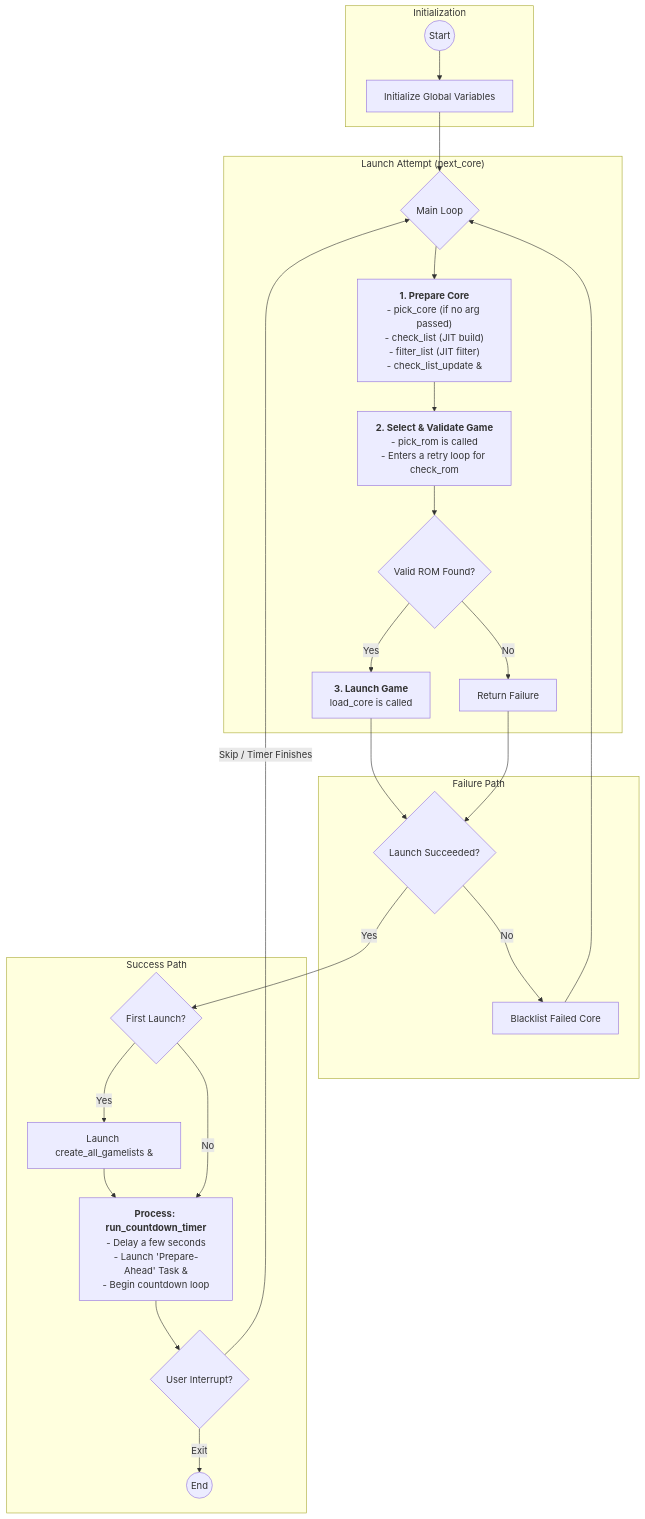
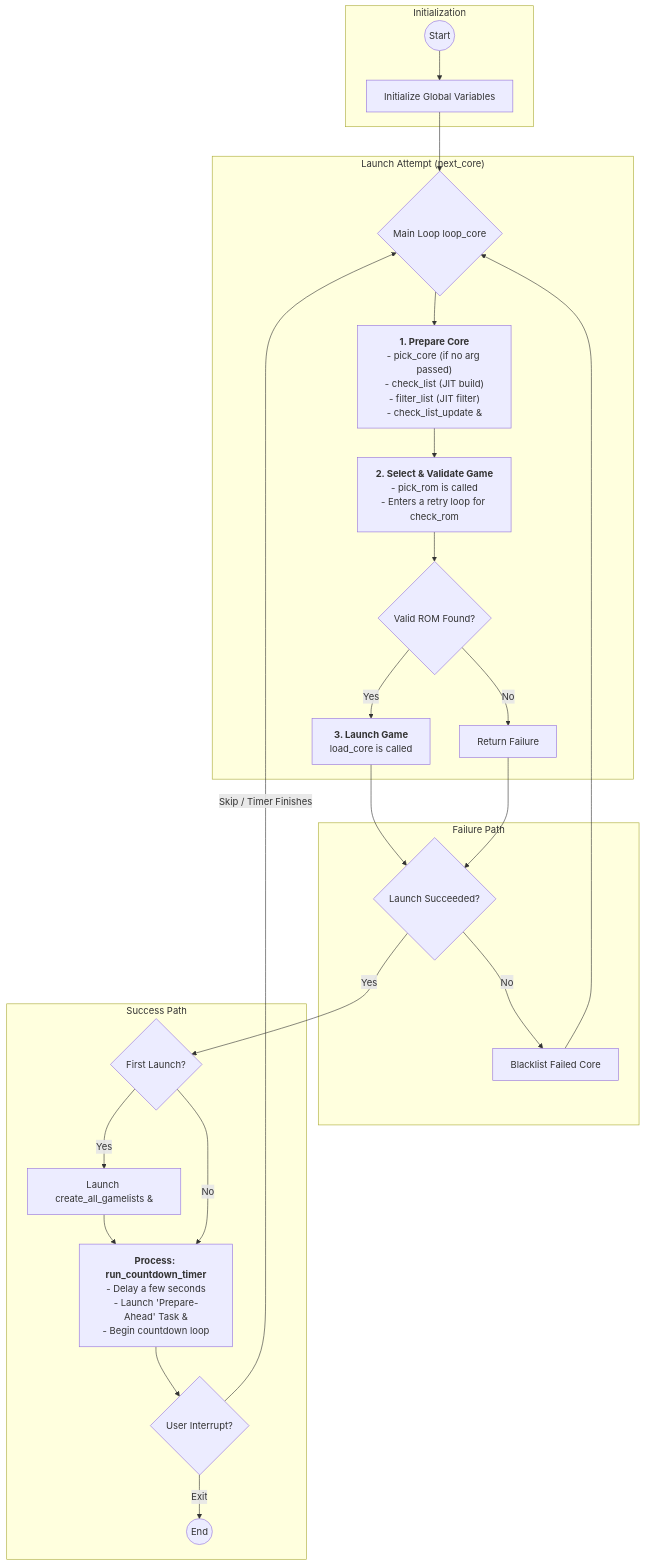
One commit to mrchrisster/MiSTer_SAM changed the diagram in README.md. Above: the diagram before and after it, drawn with Mermaid.

````diff
--- a/README.md
+++ b/README.md
@@ -217,35 +217,35 @@
 ```mermaid
 graph TD
     subgraph Initialization
         A((Start)) --> B[Initialize Global Variables];
     end
 
-    B --> C{Main Loop};
+    B --> C{Main Loop loop_core};
 
     subgraph "Launch Attempt (next_core)"
         C --> D["<b>1. Prepare Core</b><br/>- pick_core (if no arg passed)<br/>- check_list (JIT build)<br/>- filter_list (JIT filter)<br/>- check_list_update &"];
         D --> E["<b>2. Select & Validate Game</b><br/>- pick_rom is called<br/>- Enters a retry loop for check_rom"];
         E --> F{Valid ROM Found?};
         F -->|Yes| G[<b>3. Launch Game</b><br/>load_core is called];
         F -->|No| H[Return Failure];
     end
 
     G --> I{Launch Succeeded?};
     H --> I;
     
     subgraph "Failure Path"
         I -->|No| J[Blacklist Failed Core];
         J --> C;
     end
 
     subgraph "Success Path"
         I -->|Yes| K{First Launch?};
         K -->|Yes| L[Launch create_all_gamelists &];
         L --> M;
         K -->|No| M;
         M["<b>Process: run_countdown_timer</b><br/>- Delay a few seconds<br/>- Launch 'Prepare-Ahead' Task &<br/>- Begin countdown loop"];
         M --> N{User Interrupt?};
         N -->|Exit| P((End));
         N -->|Skip / Timer Finishes| C;
     end
 ```
````
